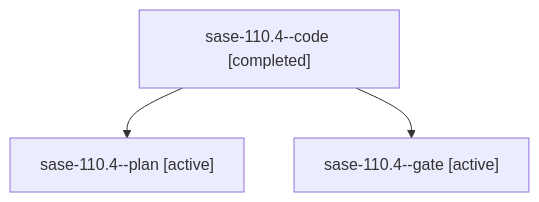
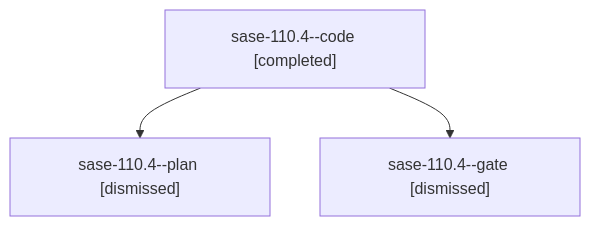
The diagram in sessions/bbugyi200.athena.sase-110.4.md (sase-org/sase--agents), drawn with Mermaid before and after one commit. The commit also changed other lines of this file and 104 other files, not shown here.

````diff
--- a/sessions/bbugyi200.athena.sase-110.4.md
+++ b/sessions/bbugyi200.athena.sase-110.4.md
@@ -9,8 +9,8 @@
 ```mermaid
 flowchart TD
   n0["sase-110.4--code [completed]"]
-  n1["sase-110.4--plan [active]"]
+  n1["sase-110.4--plan [dismissed]"]
   n0 --> n1
-  n2["sase-110.4--gate [active]"]
+  n2["sase-110.4--gate [dismissed]"]
   n0 --> n2
 ```
````
